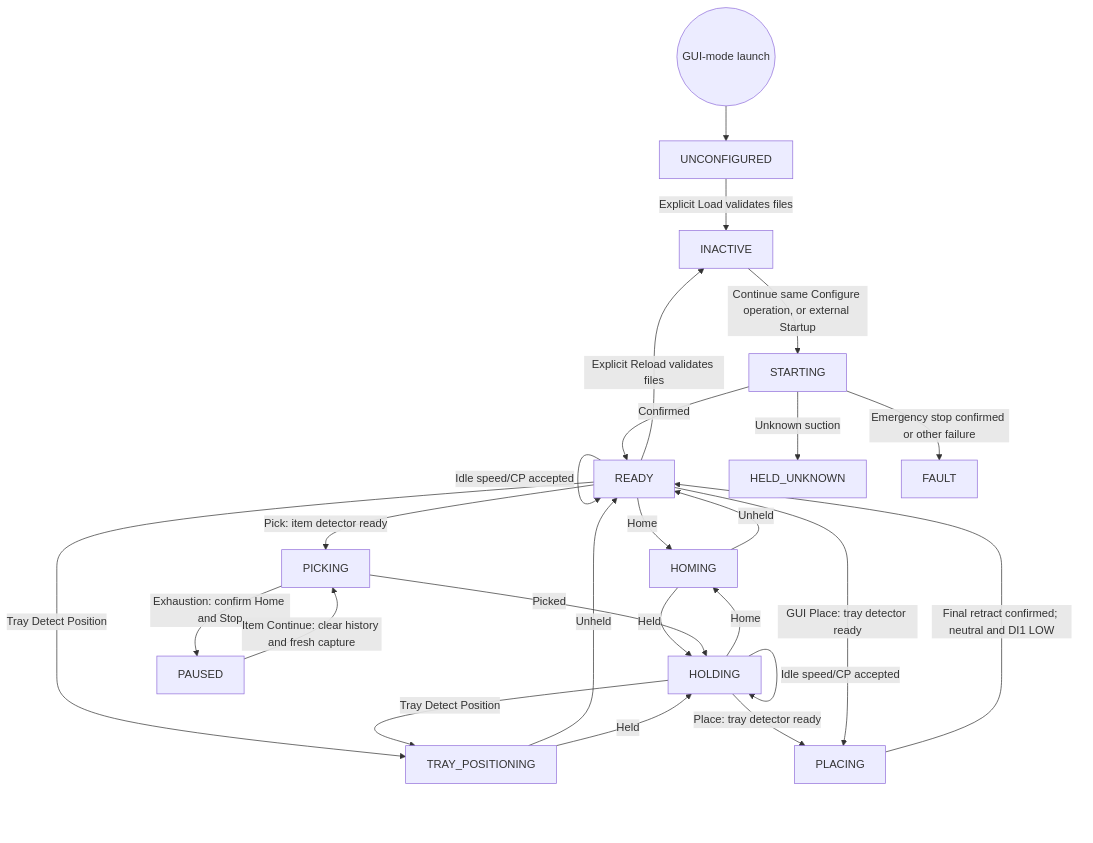
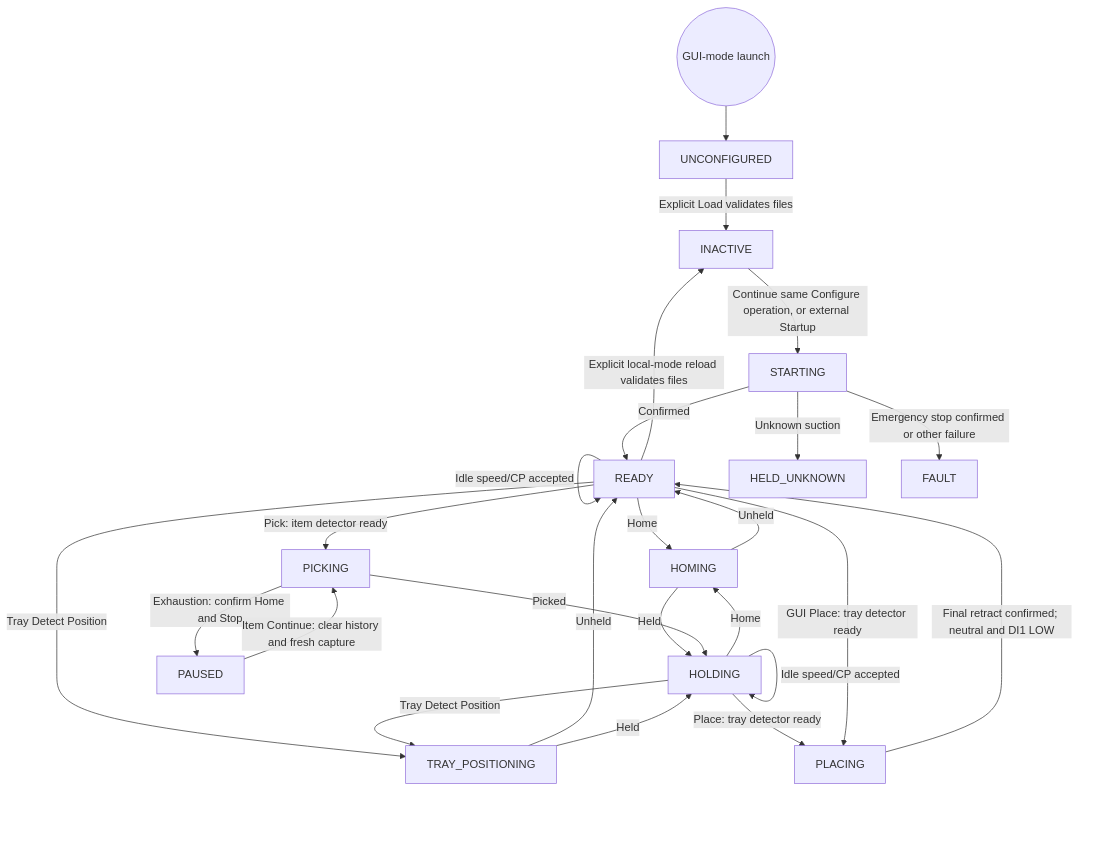
The second of 9 diagrams in docs/ROBOT_CONTROLLER_FSM.md (esgange/dobot_picknplace_yolo), drawn with Mermaid before and after one commit. The commit also changed other lines of this file and 21 other files, not shown here.

````diff
--- a/docs/ROBOT_CONTROLLER_FSM.md
+++ b/docs/ROBOT_CONTROLLER_FSM.md
@@ -1263,27 +1277,27 @@
 ```mermaid
 flowchart TD
     Launch((GUI-mode launch)) --> UNCONFIGURED
     UNCONFIGURED -->|Explicit Load validates files| INACTIVE
     INACTIVE -->|Continue same Configure operation, or external Startup| STARTING
     STARTING -->|Confirmed| READY
-    READY -->|Explicit Reload validates files| INACTIVE
+    READY -->|Explicit local-mode reload validates files| INACTIVE
     READY -->|Idle speed/CP accepted| READY
     HOLDING -->|Idle speed/CP accepted| HOLDING
     READY -->|Home| HOMING
     HOMING -->|Unheld| READY
     HOLDING -->|Home| HOMING
     HOMING -->|Held| HOLDING
     READY -->|Pick: item detector ready| PICKING
     PICKING -->|Picked| HOLDING
     PICKING -->|Exhaustion: confirm Home and Stop| PAUSED
     PAUSED -->|Item Continue: clear history and fresh capture| PICKING
     READY -->|Tray Detect Position| TRAY_POSITIONING
     HOLDING -->|Tray Detect Position| TRAY_POSITIONING
     TRAY_POSITIONING -->|Unheld| READY
     TRAY_POSITIONING -->|Held| HOLDING
     HOLDING -->|Place: tray detector ready| PLACING
     READY -->|GUI Place: tray detector ready| PLACING
     PLACING -->|Final retract confirmed; neutral and DI1 LOW| READY
     STARTING -->|Unknown suction| HELD_UNKNOWN
     STARTING -->|Emergency stop confirmed or other failure| FAULT
 ```
````
